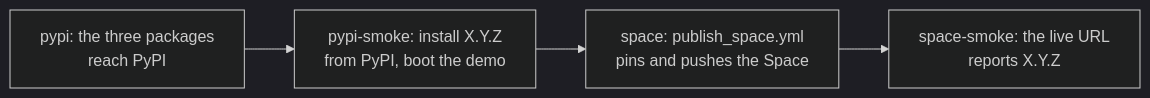
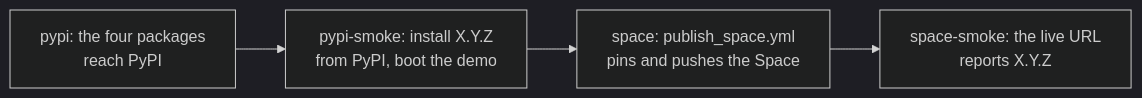
The diagram in docs/deployment/hosted-demo.md (nadeem4/nl2sql), drawn with Mermaid (dark theme) before and after one commit. The commit also changed 16 other files, not shown here.

````diff
--- a/docs/deployment/hosted-demo.md
+++ b/docs/deployment/hosted-demo.md
@@ -433,6 +433,6 @@
 ```mermaid
 flowchart LR
-    PY[pypi: the three packages<br/>reach PyPI] --> PS[pypi-smoke: install X.Y.Z<br/>from PyPI, boot the demo]
+    PY[pypi: the four packages<br/>reach PyPI] --> PS[pypi-smoke: install X.Y.Z<br/>from PyPI, boot the demo]
     PS --> SP[space: publish_space.yml<br/>pins and pushes the Space]
     SP --> SS[space-smoke: the live URL<br/>reports X.Y.Z]
 ```
````
